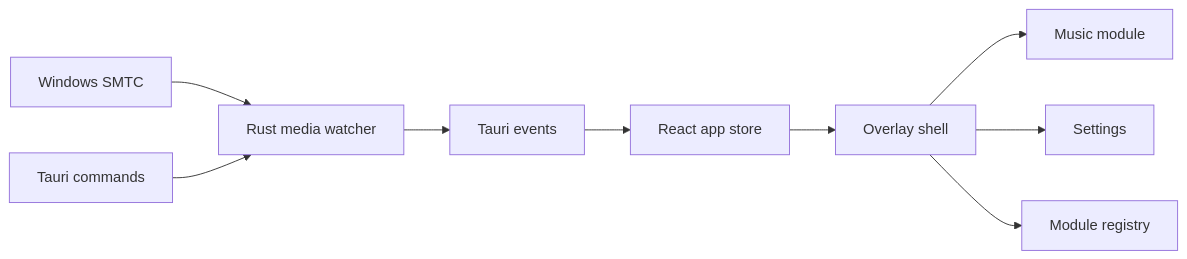
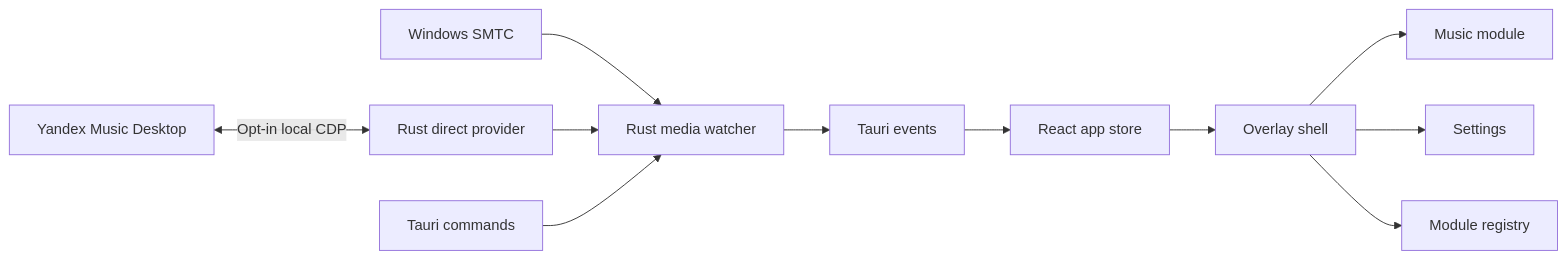
The diagram in docs/ARCHITECTURE.md (redheadesign/music-island), drawn with Mermaid before and after one commit. The commit also changed other lines of this file and 42 other files, not shown here.

````diff
--- a/docs/ARCHITECTURE.md
+++ b/docs/ARCHITECTURE.md
@@ -5,11 +5,13 @@
 ```mermaid
 flowchart LR
   SMTC[Windows SMTC] --> MediaWatcher[Rust media watcher]
+  Yandex[Yandex Music Desktop] <-->|Opt-in local CDP| DirectProvider[Rust direct provider]
+  DirectProvider --> MediaWatcher
   MediaWatcher --> Events[Tauri events]
   Commands[Tauri commands] --> MediaWatcher
   Events --> AppStore[React app store]
   AppStore --> Overlay[Overlay shell]
   Overlay --> Music[Music module]
   Overlay --> Settings[Settings]
   Overlay --> Registry[Module registry]
 ```
````
